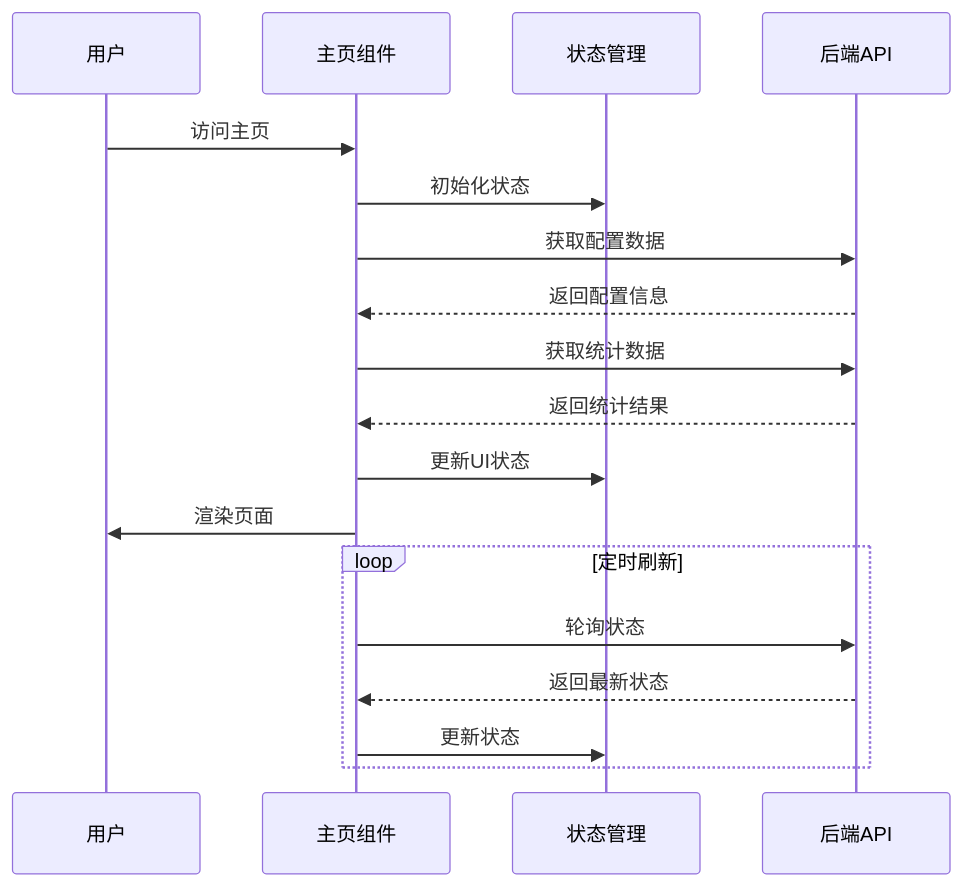
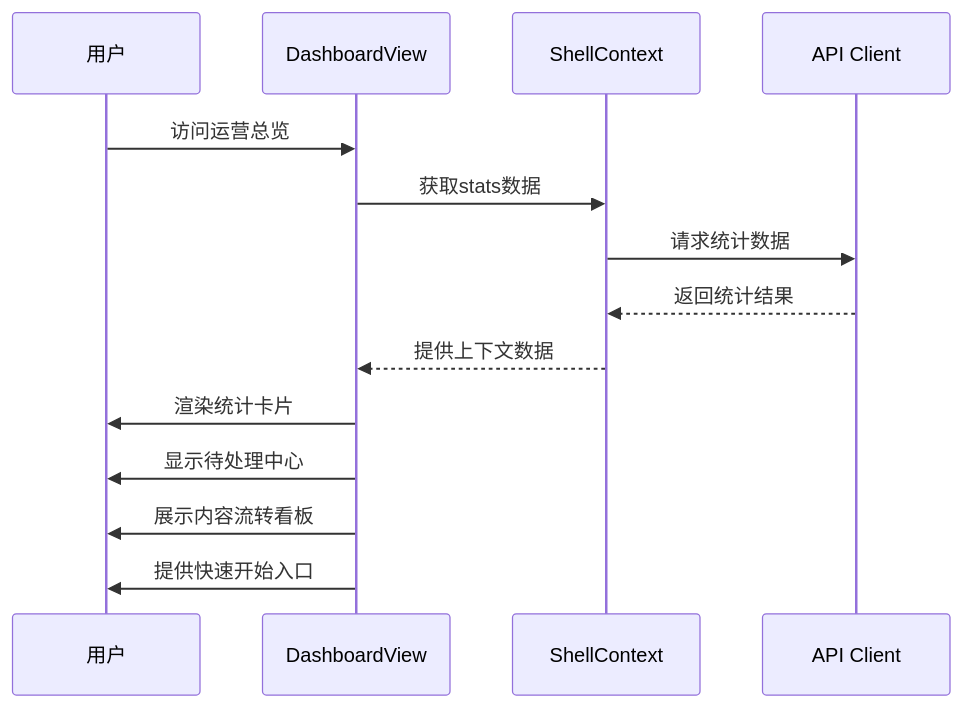
One commit to sansansansansan2022-web/hotclaw changed the fifth of 15 diagrams in .qoder/repowiki/zh/content/前端开发/Next.js应用架构.md. Above: the diagram before and after it, drawn with Mermaid. The commit also changed other lines of this file and 860 other files, not shown here.

````diff
--- a/.qoder/repowiki/zh/content/前端开发/Next.js应用架构.md
+++ b/.qoder/repowiki/zh/content/前端开发/Next.js应用架构.md
@@ -184,20 +221,16 @@
 ```mermaid
 sequenceDiagram
 participant U as 用户
-participant P as 主页组件
-participant S as 状态管理
-participant API as 后端API
-U->>P : 访问主页
-P->>S : 初始化状态
-P->>API : 获取配置数据
-API-->>P : 返回配置信息
-P->>API : 获取统计数据
-API-->>P : 返回统计结果
-P->>S : 更新UI状态
-P->>U : 渲染页面
-loop 定时刷新
-P->>API : 轮询状态
-API-->>P : 返回最新状态
-P->>S : 更新状态
-end
+participant D as DashboardView
+participant C as ShellContext
+participant A as API Client
+U->>D : 访问运营总览
+D->>C : 获取stats数据
+C->>A : 请求统计数据
+A-->>C : 返回统计结果
+C-->>D : 提供上下文数据
+D->>U : 渲染统计卡片
+D->>U : 显示待处理中心
+D->>U : 展示内容流转看板
+D->>U : 提供快速开始入口
 ```
````
